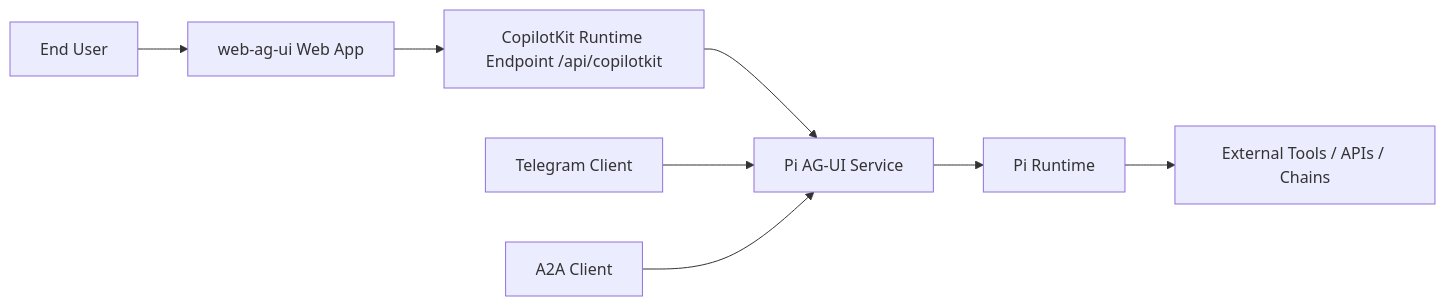
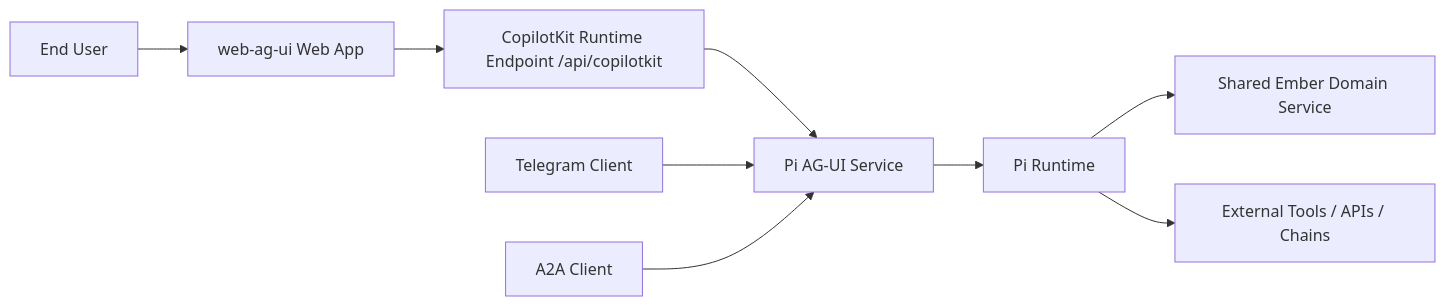
Before and after one commit to EmberAGI/arbitrum-vibekit: the first of 7 diagrams in typescript/clients/web-ag-ui/docs/c4-pi-runtime-architecture-and-boundaries.md, drawn with Mermaid. The commit also changed other lines of this file and 2 other files, not shown here.

Commit message:
docs(web-ag-ui): reconcile managed lending architecture

````diff
--- a/typescript/clients/web-ag-ui/docs/c4-pi-runtime-architecture-and-boundaries.md
+++ b/typescript/clients/web-ag-ui/docs/c4-pi-runtime-architecture-and-boundaries.md
@@ -67,12 +67,13 @@
 ```mermaid
 flowchart LR
   U[End User] --> W[web-ag-ui Web App]
   W --> CK[CopilotKit Runtime Endpoint /api/copilotkit]
   CK --> PA[Pi AG-UI Service]
 
   TG[Telegram Client] --> PA
   A2A[A2A Client] --> PA
 
   PA --> PI[Pi Runtime]
+  PI --> SE[Shared Ember Domain Service]
   PI --> EXT[External Tools / APIs / Chains]
 ```
````
